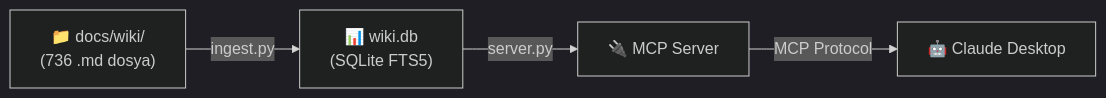
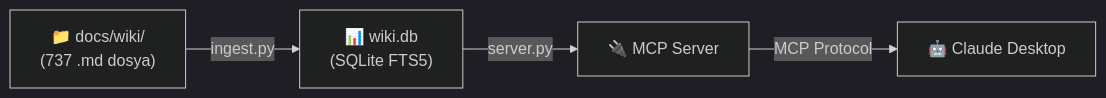
The first of 5 diagrams in README.md (tasdeleno/SiberSelma), drawn with Mermaid (dark theme) before and after one commit. The commit also changed other lines of this file, not shown here.

First line of the commit message:
docs: README güncellendi — ingest.py çıktısı, dosya sayısı ve FTS5 sorgu formatı düzeltildi

````diff
--- a/README.md
+++ b/README.md
@@ -136,6 +143,6 @@
 ```mermaid
 graph LR
-    A["📁 docs/wiki/<br/>(736 .md dosya)"] -->|ingest.py| B["📊 wiki.db<br/>(SQLite FTS5)"]
+    A["📁 docs/wiki/<br/>(737 .md dosya)"] -->|ingest.py| B["📊 wiki.db<br/>(SQLite FTS5)"]
     B -->|server.py| C["🔌 MCP Server"]
     C -->|MCP Protocol| D["🤖 Claude Desktop"]
 ```
````
